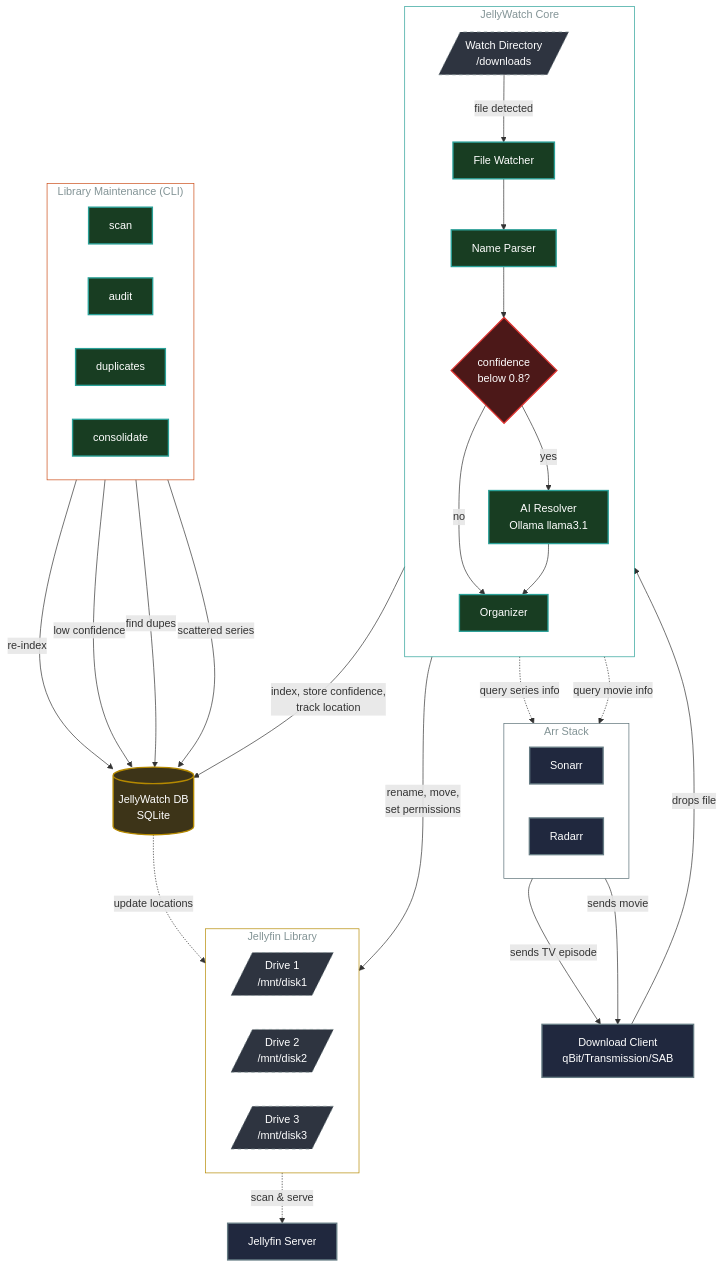
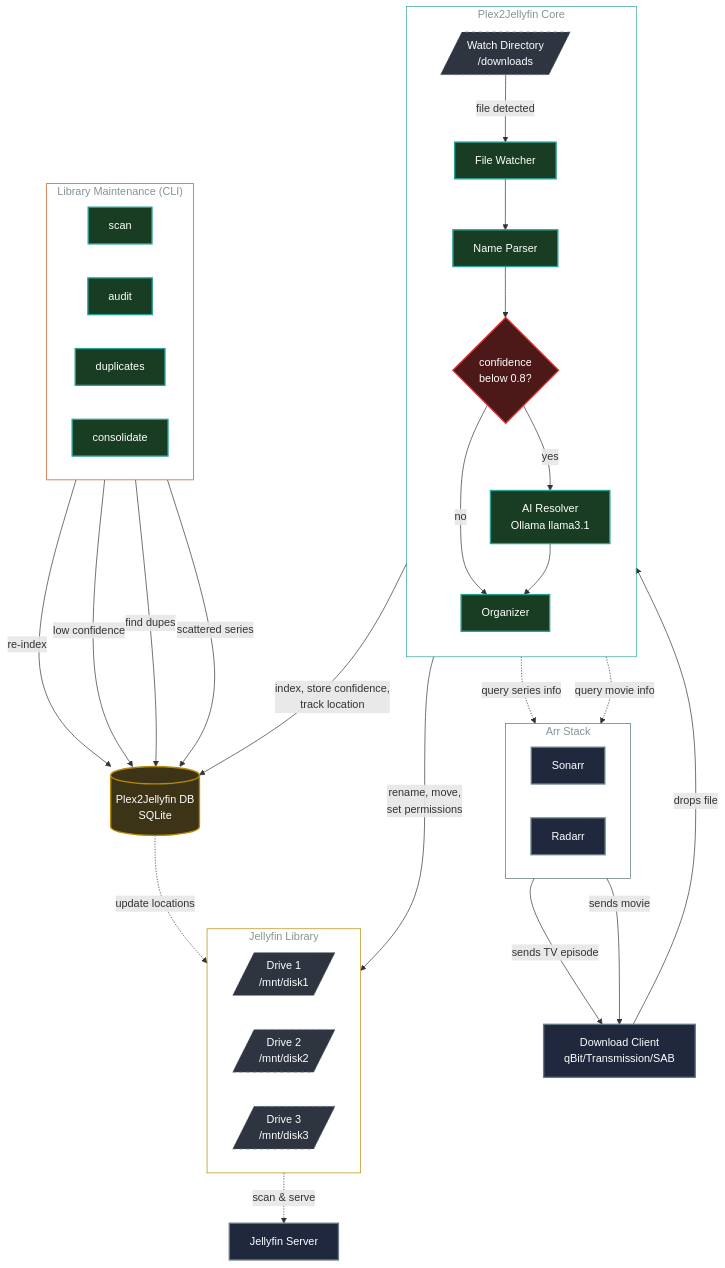
Before and after one commit to Nomadcxx/plex2jellyfin: the diagram in docs/architecture.md, drawn with Mermaid. The commit also changed other lines of this file and 427 other files, not shown here.

First line of the commit message:
rebrand: JellyWatch -> Plex2Jellyfin (mechanical rename)

````diff
--- a/docs/architecture.md
+++ b/docs/architecture.md
@@ -3,82 +3,82 @@
 ```mermaid
 graph TB
     %% --- STYLING ---
     classDef service fill:#20283e,stroke:#657b83,stroke-width:2px,color:#fff;
     classDef storage fill:#3d3418,stroke:#b58900,stroke-width:2px,color:#fff,shape:cylinder;
     classDef logic fill:#183d22,stroke:#2aa198,stroke-width:2px,color:#fff;
     classDef file fill:#2e3440,stroke:#839496,stroke-width:1px,color:#fff,stroke-dasharray: 5 5;
     classDef decision fill:#4c1818,stroke:#dc322f,stroke-width:2px,color:#fff;
 
     %% --- ZONE 1: ARR STACK (Sources) ---
     subgraph ArrStack ["Arr Stack"]
         direction LR
         Sonarr[Sonarr]:::service
         Radarr[Radarr]:::service
     end
 
     %% --- ZONE 2: INGESTION PIPELINE ---
     Downloader[Download Client<br/>qBit/Transmission/SAB]:::service
     WatchDir[/Watch Directory<br/>/downloads/]:::file
 
     Sonarr -- "sends TV episode" --> Downloader
     Radarr -- "sends movie" --> Downloader
     Downloader -- "drops file" --> WatchDir
 
-    %% --- ZONE 3: JELLYWATCH CORE ---
-    subgraph JellyWatchCore ["JellyWatch Core"]
+    %% --- ZONE 3: PLEX2JELLYFIN CORE ---
+    subgraph Plex2JellyfinCore ["Plex2Jellyfin Core"]
         direction TB
         Watcher[File Watcher]:::logic
         Parser[Name Parser]:::logic
         Decision{confidence<br/>below 0.8?}:::decision
         AI[AI Resolver<br/>Ollama llama3.1]:::logic
         Organizer[Organizer]:::logic
         
         WatchDir -- "file detected" --> Watcher
         Watcher --> Parser
         Parser --> Decision
         Decision -- "yes" --> AI
         Decision -- "no" --> Organizer
         AI --> Organizer
     end
 
     %% --- API METADATA LOOPS ---
     Organizer -.->|"query series info"| Sonarr
     Organizer -.->|"query movie info"| Radarr
 
     %% --- ZONE 4: PERSISTENCE ---
-    JWDB[(JellyWatch DB<br/>SQLite)]:::storage
+    JWDB[(Plex2Jellyfin DB<br/>SQLite)]:::storage
     
     subgraph Library ["Jellyfin Library"]
         direction LR
         Drive1[/"Drive 1<br/>/mnt/disk1"/]:::file
         Drive2[/"Drive 2<br/>/mnt/disk2"/]:::file
         Drive3[/"Drive 3<br/>/mnt/disk3"/]:::file
     end
 
     Organizer -->|"index, store confidence,<br/>track location"| JWDB
     Organizer -->|"rename, move,<br/>set permissions"| Library
 
     %% --- ZONE 5: MAINTENANCE (CLI Commands) ---
     subgraph Maintenance ["Library Maintenance (CLI)"]
         direction LR
         Scan[scan]:::logic
         Audit[audit]:::logic
         Dedupe[duplicates]:::logic
         Consolidate[consolidate]:::logic
     end
 
     %% Maintenance reads from DB and operates on Library
     Scan -->|"re-index"| JWDB
     Audit -->|"low confidence"| JWDB
     Dedupe -->|"find dupes"| JWDB
     Consolidate -->|"scattered series"| JWDB
     
     JWDB -.->|"update locations"| Library
     Library -.->|"scan & serve"| Jellyfin[Jellyfin Server]:::service
 
     %% Style the subgraph titles
     style ArrStack fill:none,stroke:#586e75,stroke-width:1px,color:#839496
-    style JellyWatchCore fill:none,stroke:#2aa198,stroke-width:1px,color:#839496
+    style Plex2JellyfinCore fill:none,stroke:#2aa198,stroke-width:1px,color:#839496
     style Library fill:none,stroke:#b58900,stroke-width:1px,color:#839496
     style Maintenance fill:none,stroke:#cb4b16,stroke-width:1px,color:#839496
 ```
````
